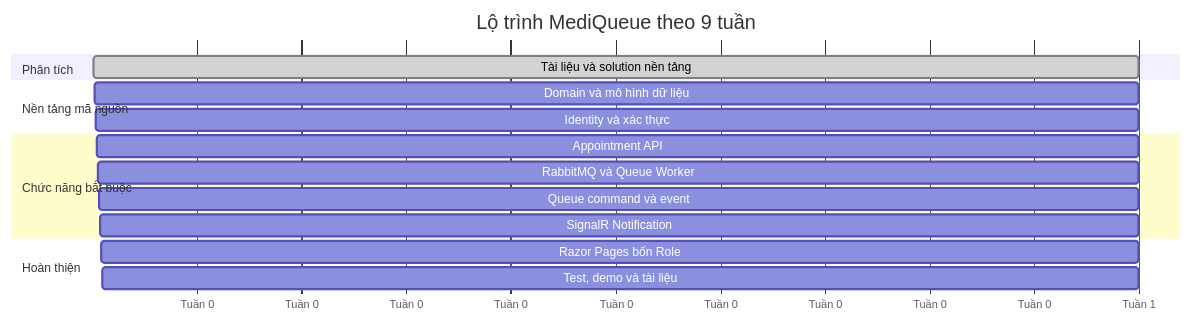
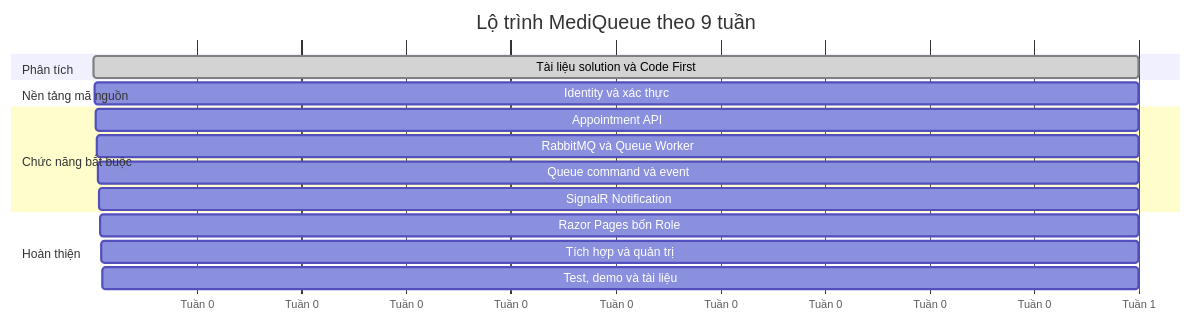
Before and after one commit to PTUDPTK23/CNTTK23E: the diagram in Đặng Quốc Trung - dtc245200016/DuAn/DT09_HeThongDatLichKhamVaQuanLyHangDoi/Tuan1/docs/roadmap.md, drawn with Mermaid. The commit also changed other lines of this file and 62 other files, not shown here.

Commit message:
feat(tuan1): add EF Core Code First database foundation

````diff
--- a/Đặng Quốc Trung - dtc245200016/DuAn/DT09_HeThongDatLichKhamVaQuanLyHangDoi/Tuan1/docs/roadmap.md
+++ b/Đặng Quốc Trung - dtc245200016/DuAn/DT09_HeThongDatLichKhamVaQuanLyHangDoi/Tuan1/docs/roadmap.md
@@ -32,19 +33,19 @@
 ```mermaid
 gantt
     title Lộ trình MediQueue theo 9 tuần
     dateFormat  X
     axisFormat Tuần %s
     section Phân tích
-    Tài liệu và solution nền tảng  :done, b1, 1, 1
+    Tài liệu solution và Code First :done, b1, 1, 1
     section Nền tảng mã nguồn
-    Domain và mô hình dữ liệu      :b2, 2, 1
-    Identity và xác thực           :b3, 3, 1
+    Identity và xác thực           :b2, 2, 1
     section Chức năng bắt buộc
-    Appointment API                :b4, 4, 1
-    RabbitMQ và Queue Worker       :b5, 5, 1
-    Queue command và event         :b6, 6, 1
-    SignalR Notification           :b7, 7, 1
+    Appointment API                :b3, 3, 1
+    RabbitMQ và Queue Worker       :b4, 4, 1
+    Queue command và event         :b5, 5, 1
+    SignalR Notification           :b6, 6, 1
     section Hoàn thiện
-    Razor Pages bốn Role           :b8, 8, 1
+    Razor Pages bốn Role           :b7, 7, 1
+    Tích hợp và quản trị           :b8, 8, 1
     Test, demo và tài liệu         :b9, 9, 1
 ```
````
